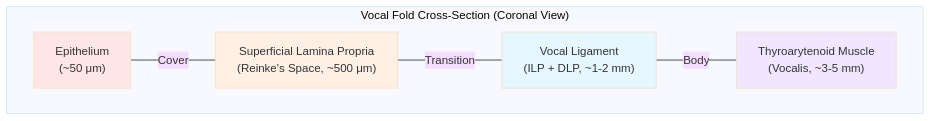
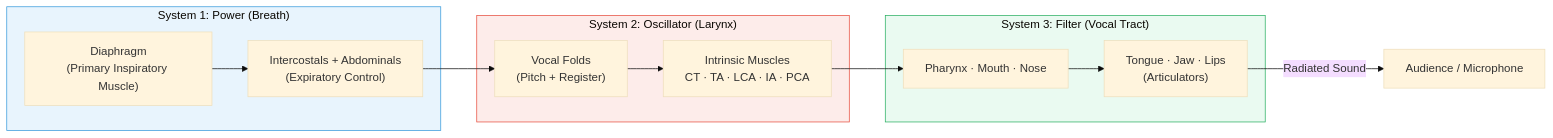
Before and after one commit to blebleblee/synapse: the first of 5 diagrams in topics/arts/music_performance/vocals/lesson_01_vocal_anatomy.md, drawn with Mermaid (base theme). The commit also changed other lines of this file and 4 other files, not shown here.

````diff
--- a/topics/arts/music_performance/vocals/lesson_01_vocal_anatomy.md
+++ b/topics/arts/music_performance/vocals/lesson_01_vocal_anatomy.md
@@ -80,18 +19,24 @@
 ```mermaid
-graph TD
-    subgraph sub_vocal_fold_cross_section__corona ["Vocal Fold Cross-Section (Coronal View)"]
-        A["Epithelium<br/>(~50 μm)"]
-        B["Superficial Lamina Propria<br/>(Reinke's Space, ~500 μm)"]
-        C["Vocal Ligament<br/>(ILP + DLP, ~1-2 mm)"]
-        D["Thyroarytenoid Muscle<br/>(Vocalis, ~3-5 mm)"]
+flowchart LR
+    subgraph sub_power ["System 1: Power (Breath)"]
+        A["Diaphragm\n(Primary Inspiratory Muscle)"]
+        B["Intercostals + Abdominals\n(Expiratory Control)"]
     end
-    
-    A ---|"Cover"| B
-    B ---|"Transition"| C
-    C ---|"Body"| D
-    
-    style A fill:#ffe6e6
-    style B fill:#fff0e6
-    style C fill:#e6f7ff
-    style D fill:#f0e6ff
+
+    subgraph sub_oscillator ["System 2: Oscillator (Larynx)"]
+        C["Vocal Folds\n(Pitch + Register)"]
+        D["Intrinsic Muscles\nCT · TA · LCA · IA · PCA"]
+    end
+
+    subgraph sub_filter ["System 3: Filter (Vocal Tract)"]
+        E["Pharynx · Mouth · Nose"]
+        F["Tongue · Jaw · Lips\n(Articulators)"]
+    end
+
+    A --> B --> C --> D --> E --> F
+    F -->|"Radiated Sound"| G["Audience / Microphone"]
+
+    style sub_power fill:#e8f4fd,stroke:#3498db
+    style sub_oscillator fill:#fdecea,stroke:#e74c3c
+    style sub_filter fill:#eafaf1,stroke:#27ae60
 ```
````
